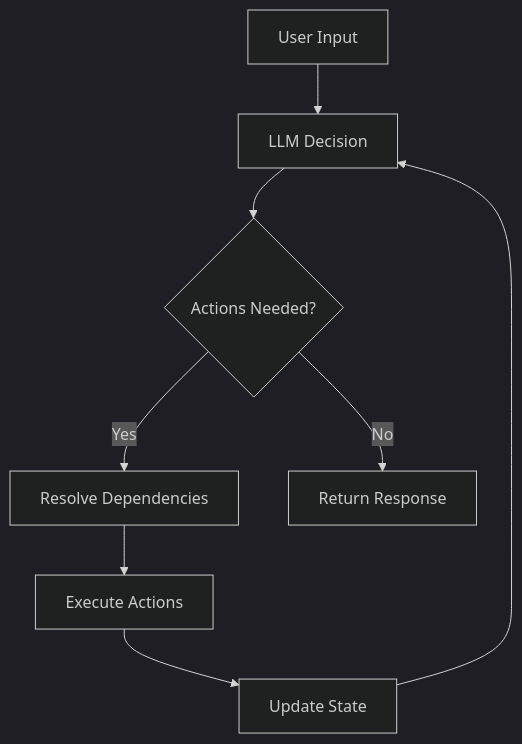
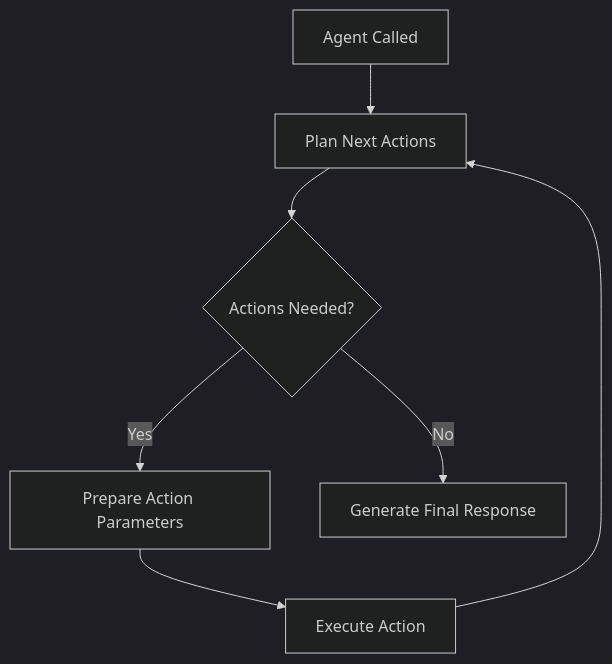
One commit to kulcsartibor/spinai changed the diagram in apps/docs/core-concepts/task-loop.mdx. Above: the diagram before and after it, drawn with Mermaid (dark theme). The commit also changed other lines of this file and 3 other files, not shown here.

````diff
--- a/apps/docs/core-concepts/task-loop.mdx
+++ b/apps/docs/core-concepts/task-loop.mdx
@@ -60,10 +40,9 @@
 ```mermaid
 graph TD
-    A[User Input] --> B[LLM Decision]
+    A[Agent Called] --> B[Plan Next Actions]
     B --> C{Actions Needed?}
-    C -->|Yes| D[Resolve Dependencies]
-    D --> E[Execute Actions]
-    E --> F[Update State]
-    F --> B
-    C -->|No| G[Return Response]
+    C -->|Yes| D[Prepare Action Parameters]
+    D --> E[Execute Action]
+    E --> B
+    C -->|No| F[Generate Final Response]
 ```
````
